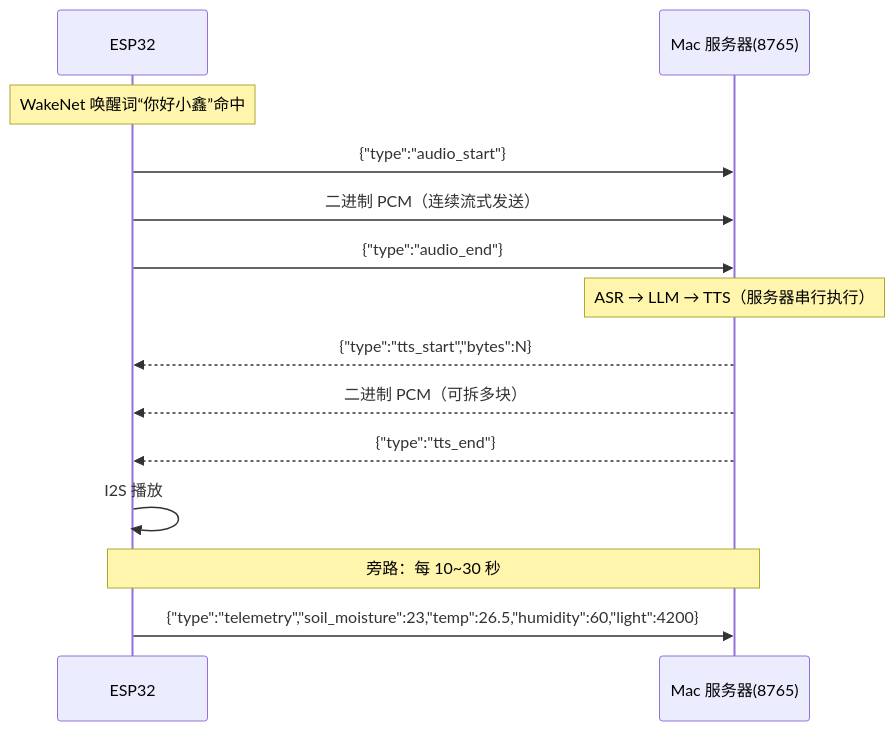
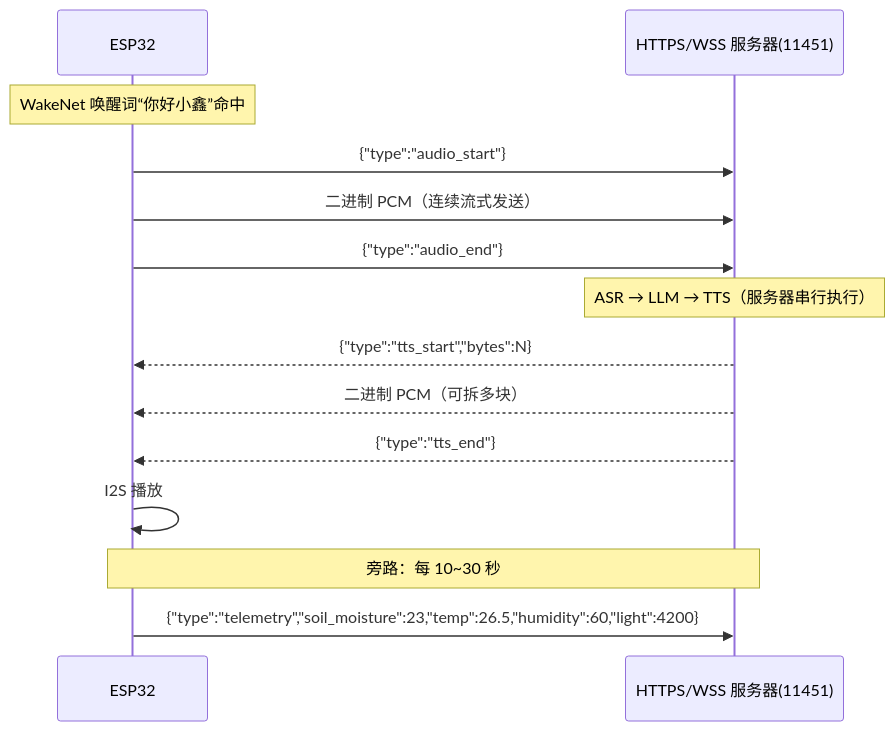
The first of 2 diagrams in ESP32_README.md (Hongzhen-Liang/Viora), drawn with Mermaid before and after one commit. The commit also changed other lines of this file and 11 other files, not shown here.

````diff
--- a/ESP32_README.md
+++ b/ESP32_README.md
@@ -65,18 +65,18 @@
 ```mermaid
 sequenceDiagram
     participant E as ESP32
-    participant S as Mac 服务器(8765)
+    participant S as HTTPS/WSS 服务器(11451)
 
     Note over E: WakeNet 唤醒词“你好小鑫”命中
     E->>S: {"type":"audio_start"}
     E->>S: 二进制 PCM（连续流式发送）
     E->>S: {"type":"audio_end"}
     Note over S: ASR → LLM → TTS（服务器串行执行）
     S-->>E: {"type":"tts_start","bytes":N}
     S-->>E: 二进制 PCM（可拆多块）
     S-->>E: {"type":"tts_end"}
     E->>E: I2S 播放
 
     Note over E,S: 旁路：每 10~30 秒
     E->>S: {"type":"telemetry","soil_moisture":23,"temp":26.5,"humidity":60,"light":4200}
 ```
````
